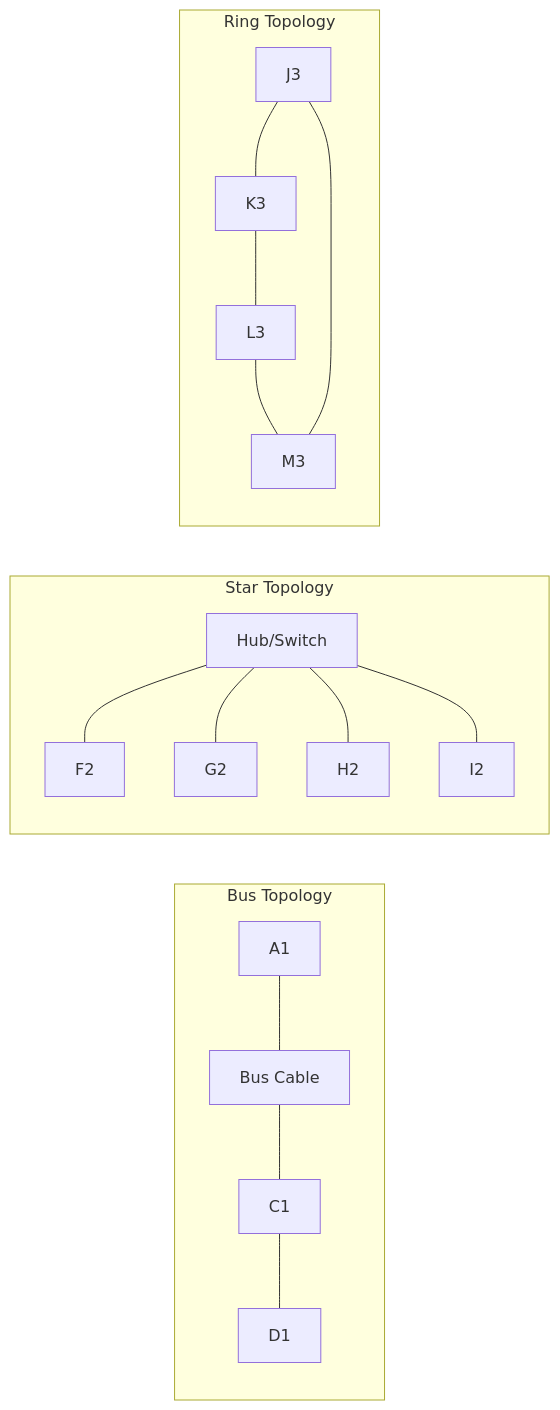
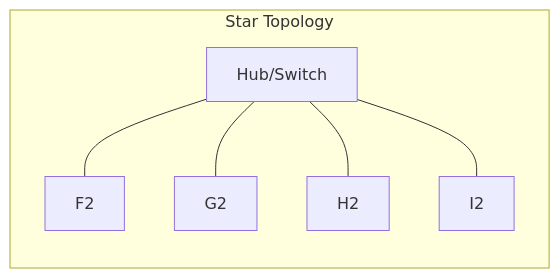
The fourth of 39 diagrams in CN/RK_CN.md (krishjha1121/Prep), drawn with Mermaid before and after one commit. The commit also changed other lines of this file, not shown here.

````diff
--- a/CN/RK_CN.md
+++ b/CN/RK_CN.md
@@ -74,18 +173,10 @@
 ```mermaid
 graph LR
-    subgraph "Bus Topology"
-        A1 --- B1[Bus Cable] --- C1 --- D1
-    end
-
     subgraph "Star Topology"
         E2[Hub/Switch]
         E2 --- F2
         E2 --- G2
         E2 --- H2
         E2 --- I2
     end
-
-    subgraph "Ring Topology"
-        J3 --- K3 --- L3 --- M3 --- J3
-    end
 ```
````
